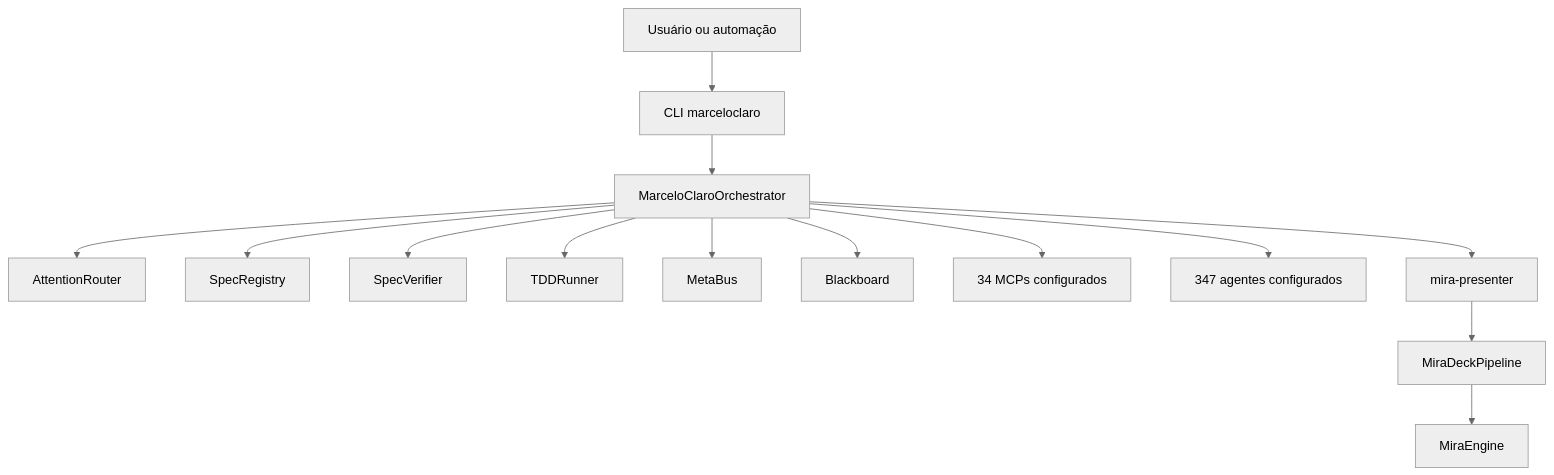
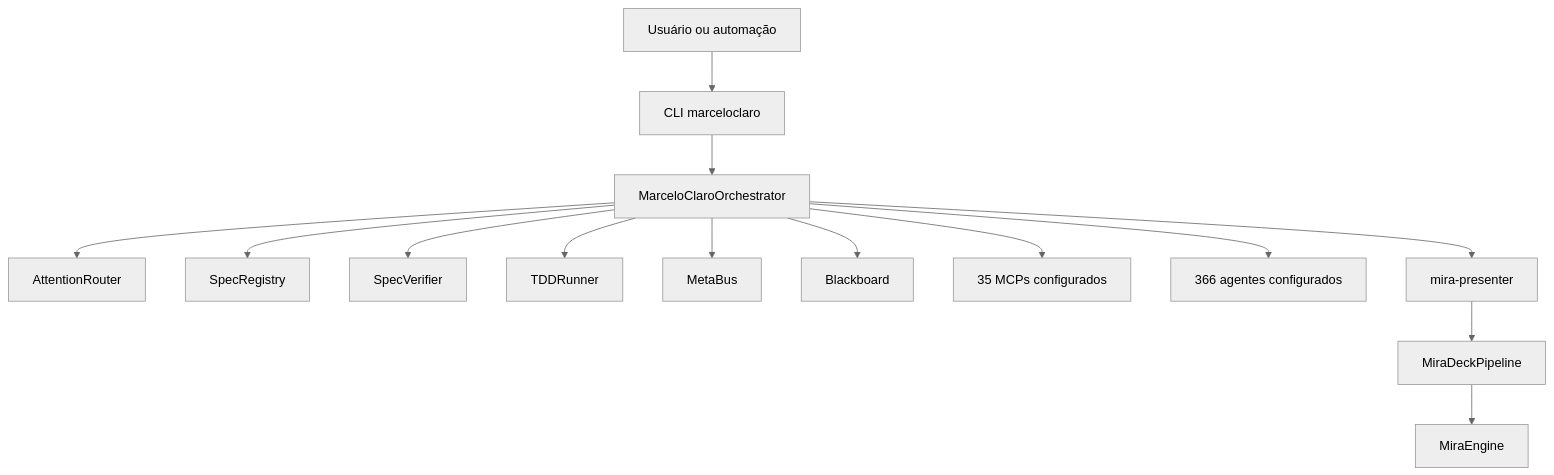
The third of 29 diagrams in README.md (MarceloClaro/opencode-ecosystem-core), drawn with Mermaid (neutral theme) before and after one commit. The commit also changed other lines of this file and 37 other files, not shown here.

````diff
--- a/README.md
+++ b/README.md
@@ -1283,16 +1293,16 @@
 ```mermaid
 flowchart TB
     Usuario2[Usuário ou automação] --> CLI2[CLI marceloclaro]
     CLI2 --> Orq2[MarceloClaroOrchestrator]
     Orq2 --> Router[AttentionRouter]
     Orq2 --> SpecRegistry2[SpecRegistry]
     Orq2 --> SpecVerifier2[SpecVerifier]
     Orq2 --> TDDRunner2[TDDRunner]
     Orq2 --> MetaBus2[MetaBus]
     Orq2 --> Blackboard2[Blackboard]
-    Orq2 --> MCP2[34 MCPs configurados]
-    Orq2 --> Agents2[347 agentes configurados]
+    Orq2 --> MCP2[35 MCPs configurados]
+    Orq2 --> Agents2[366 agentes configurados]
     Orq2 --> Mira2[mira-presenter]
     Mira2 --> Deck2[MiraDeckPipeline]
     Deck2 --> Engine2[MiraEngine]
 ```
````
